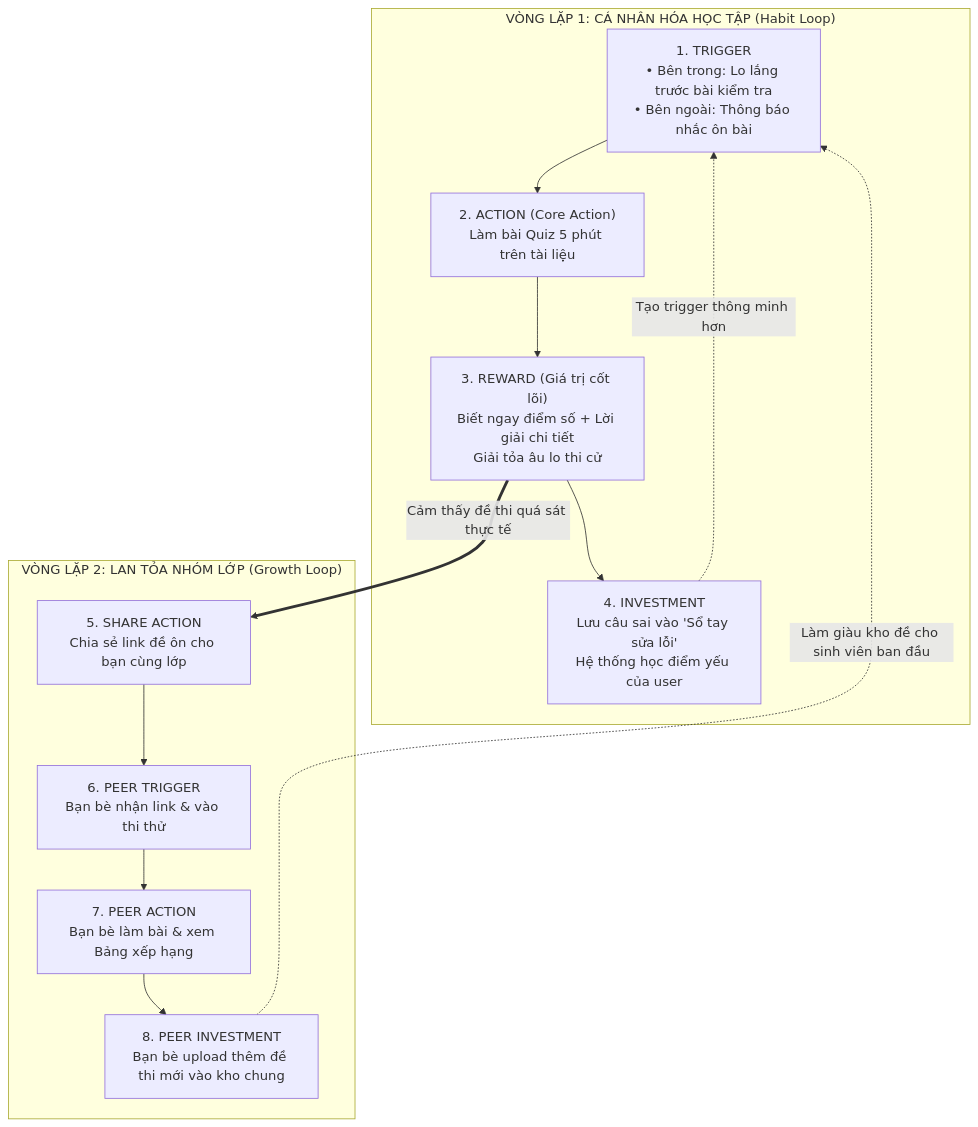
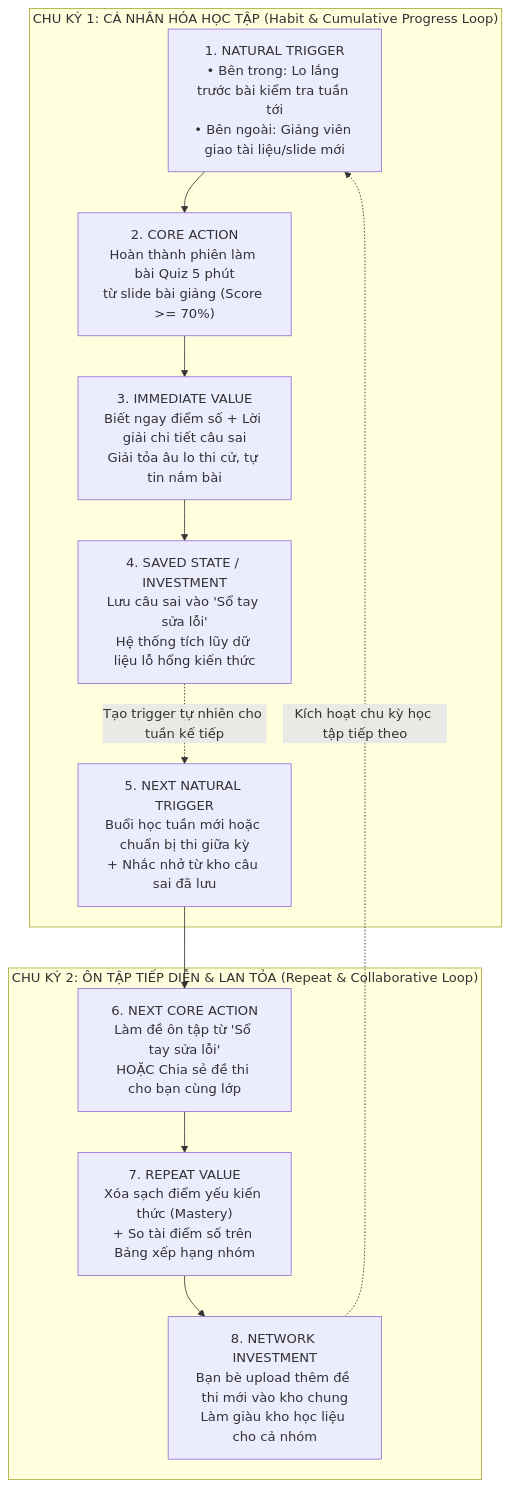
One commit to nguynkhanh04/Track1_Day20_2A202602546_NguyenThiMinhKhanh changed the diagram in README.md. Above: the diagram before and after it, drawn with Mermaid. The commit also changed other lines of this file and 2 other files, not shown here.

````diff
--- a/README.md
+++ b/README.md
@@ -240,17 +257,16 @@
 ```mermaid
 graph TD
-    subgraph "VÒNG LẶP 1: CÁ NHÂN HÓA HỌC TẬP (Habit Loop)"
-        T1["1. TRIGGER<br/>• Bên trong: Lo lắng trước bài kiểm tra<br/>• Bên ngoài: Thông báo nhắc ôn bài"] --> A1["2. ACTION (Core Action)<br/>Làm bài Quiz 5 phút trên tài liệu"]
-        A1 --> R1["3. REWARD (Giá trị cốt lõi)<br/>Biết ngay điểm số + Lời giải chi tiết<br/>Giải tỏa âu lo thi cử"]
-        R1 --> I1["4. INVESTMENT<br/>Lưu câu sai vào 'Sổ tay sửa lỗi'<br/>Hệ thống học điểm yếu của user"]
-        I1 -.->|"Tạo trigger thông minh hơn"| T1
+    subgraph "CHU KỲ 1: CÁ NHÂN HÓA HỌC TẬP (Habit & Cumulative Progress Loop)"
+        T1["1. NATURAL TRIGGER<br/>• Bên trong: Lo lắng trước bài kiểm tra tuần tới<br/>• Bên ngoài: Giảng viên giao tài liệu/slide mới"] --> A1["2. CORE ACTION<br/>Hoàn thành phiên làm bài Quiz 5 phút<br/>từ slide bài giảng (Score >= 70%)"]
+        A1 --> R1["3. IMMEDIATE VALUE<br/>Biết ngay điểm số + Lời giải chi tiết câu sai<br/>Giải tỏa âu lo thi cử, tự tin nắm bài"]
+        R1 --> I1["4. SAVED STATE / INVESTMENT<br/>Lưu câu sai vào 'Sổ tay sửa lỗi'<br/>Hệ thống tích lũy dữ liệu lỗ hổng kiến thức"]
+        I1 -.->|"Tạo trigger tự nhiên cho tuần kế tiếp"| T2
     end
 
-    subgraph "VÒNG LẶP 2: LAN TỎA NHÓM LỚP (Growth Loop)"
-        R1 ==>|"Cảm thấy đề thi quá sát thực tế"| A2["5. SHARE ACTION<br/>Chia sẻ link đề ôn cho bạn cùng lớp"]
-        A2 --> T2["6. PEER TRIGGER<br/>Bạn bè nhận link & vào thi thử"]
-        T2 --> A3["7. PEER ACTION<br/>Bạn bè làm bài & xem Bảng xếp hạng"]
-        A3 --> I2["8. PEER INVESTMENT<br/>Bạn bè upload thêm đề thi mới vào kho chung"]
-        I2 -.->|"Làm giàu kho đề cho sinh viên ban đầu"| T1
+    subgraph "CHU KỲ 2: ÔN TẬP TIẾP DIỄN & LAN TỎA (Repeat & Collaborative Loop)"
+        T2["5. NEXT NATURAL TRIGGER<br/>Buổi học tuần mới hoặc chuẩn bị thi giữa kỳ<br/>+ Nhắc nhở từ kho câu sai đã lưu"] --> A2["6. NEXT CORE ACTION<br/>Làm đề ôn tập từ 'Sổ tay sửa lỗi'<br/>HOẶC Chia sẻ đề thi cho bạn cùng lớp"]
+        A2 --> R2["7. REPEAT VALUE<br/>Xóa sạch điểm yếu kiến thức (Mastery)<br/>+ So tài điểm số trên Bảng xếp hạng nhóm"]
+        R2 --> I2["8. NETWORK INVESTMENT<br/>Bạn bè upload thêm đề thi mới vào kho chung<br/>Làm giàu kho học liệu cho cả nhóm"]
+        I2 -.->|"Kích hoạt chu kỳ học tập tiếp theo"| T1
     end
 ```
````
